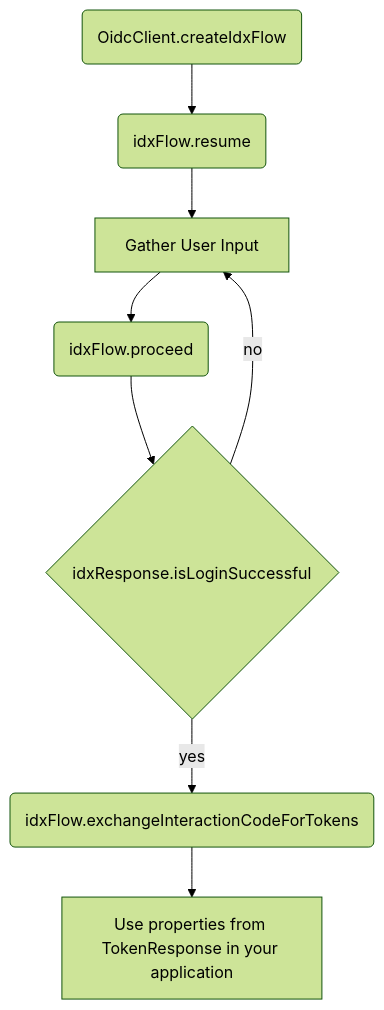
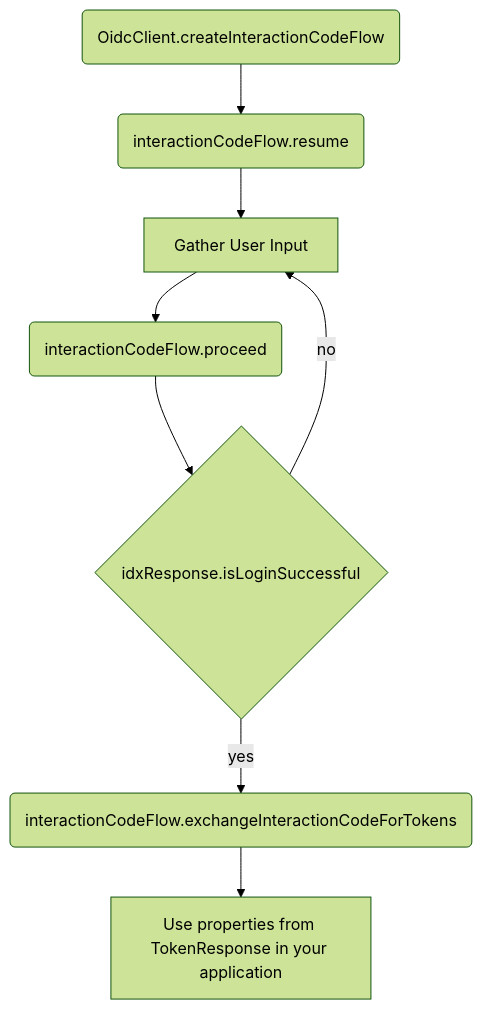
One commit to okta/okta-idx-android changed the diagram in README.md. Above: the diagram before and after it, drawn with Mermaid (forest theme). The commit also changed other lines of this file and 11 other files, not shown here.

Commit message:
Rename IdxFlow to InteractionCodeFlow.

````diff
--- a/README.md
+++ b/README.md
@@ -45,10 +45,10 @@
 ```mermaid
 graph TD
-    A(OidcClient.createIdxFlow) --> B(idxFlow.resume)
+    A(OidcClient.createInteractionCodeFlow) --> B(interactionCodeFlow.resume)
     B --> C[Gather User Input]
-    C --> D(idxFlow.proceed)
+    C --> D(interactionCodeFlow.proceed)
     D --> E{idxResponse.isLoginSuccessful}
-    E --> |yes| F(idxFlow.exchangeInteractionCodeForTokens)
+    E --> |yes| F(interactionCodeFlow.exchangeInteractionCodeForTokens)
     E --> |no| C
     F --> G[Use properties from TokenResponse in your application]
 ```
````
